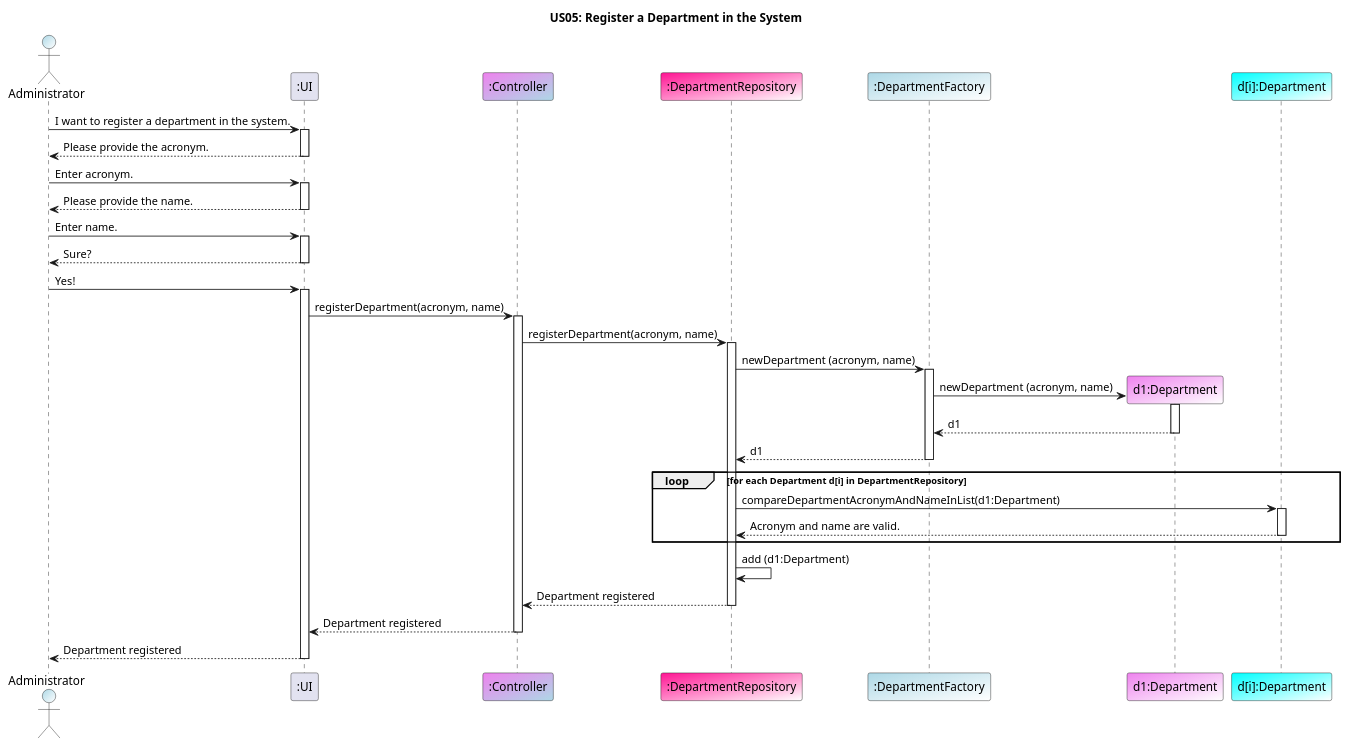
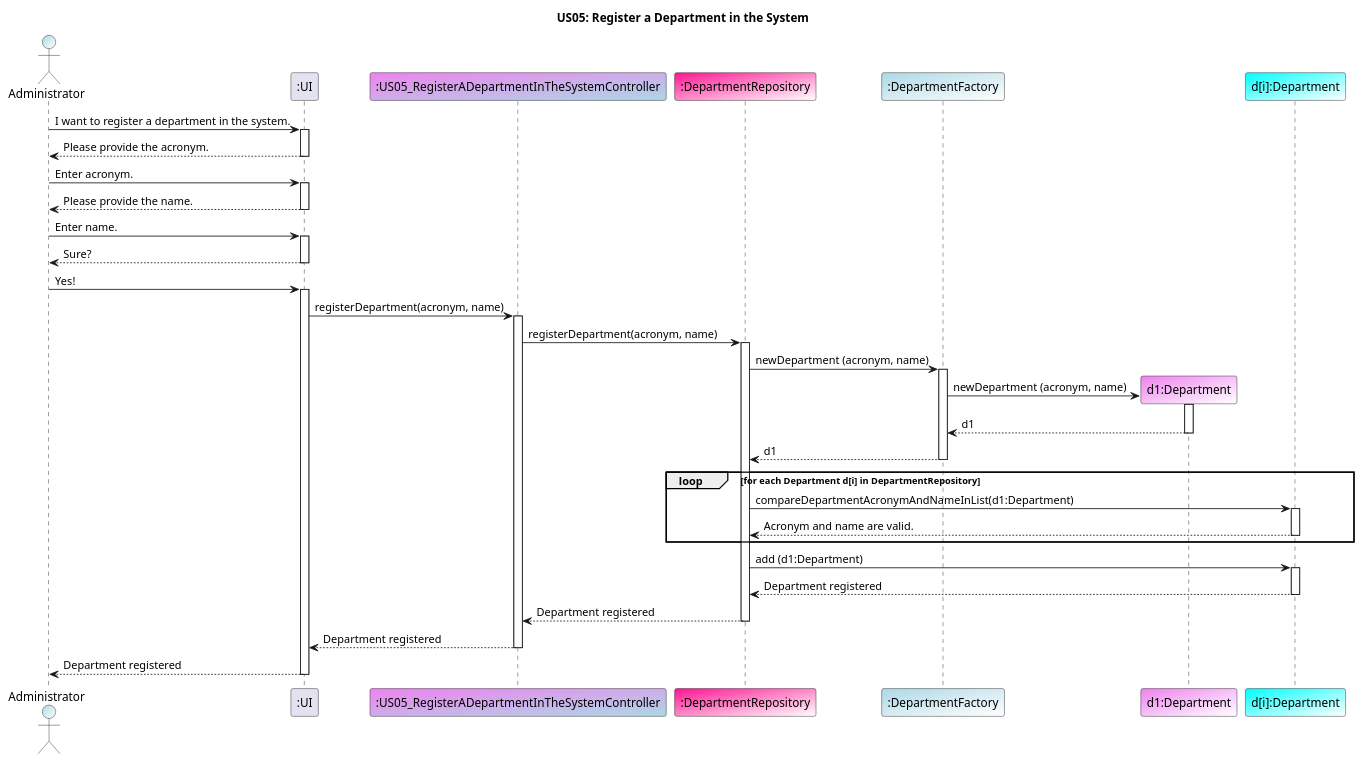
Before and after one commit to GasparISEP/DevOps-PAI: the diagram in docs/US05/US05_DepartmentRegistrySequenceDiagram.puml, drawn with PlantUML.

Commit message:
Fix US05 sequence diagram to correctly represent department addition

```diff
--- a/docs/US05/US05_DepartmentRegistrySequenceDiagram.puml
+++ b/docs/US05/US05_DepartmentRegistrySequenceDiagram.puml
@@ -1,59 +1,61 @@
 @startuml
 
 title US05: Register a Department in the System
 
 actor "Administrator" as Administrator #LightBlue/White
 participant ":UI" as UI
-participant ":Controller" as Controller #Violet/LightBlue
+participant ":US05_RegisterADepartmentInTheSystemController" as Controller #Violet/LightBlue
 participant ":DepartmentRepository" as DepartmentRepository #DeepPink/White
 participant ":DepartmentFactory" as DepartmentFactory #LightBlue/White
 participant "d1:Department" as Department #Violet/White
 participant "d[i]:Department" as Departmenti #Cyan/White
 
 Administrator -> UI: I want to register a department in the system.
 activate UI
 UI --> Administrator: Please provide the acronym.
 deactivate UI
 Administrator -> UI: Enter acronym.
 activate UI
 UI --> Administrator: Please provide the name.
 deactivate UI
 Administrator -> UI: Enter name.
 activate UI
 UI --> Administrator: Sure?
 deactivate UI
 Administrator -> UI: Yes!
 activate UI
 
 UI -> Controller: registerDepartment(acronym, name)
 activate Controller
 Controller -> DepartmentRepository: registerDepartment(acronym, name)
 activate DepartmentRepository
 DepartmentRepository -> DepartmentFactory: newDepartment (acronym, name)
 activate DepartmentFactory
 DepartmentFactory -> Department **: newDepartment (acronym, name)
 activate Department
 Department --> DepartmentFactory: d1
 deactivate Department
 DepartmentFactory --> DepartmentRepository: d1
 deactivate DepartmentFactory
 
 loop for each Department d[i] in DepartmentRepository
 DepartmentRepository -> Departmenti: compareDepartmentAcronymAndNameInList(d1:Department)
 activate Departmenti
 Departmenti --> DepartmentRepository: Acronym and name are valid.
 deactivate Departmenti
 end
 
-DepartmentRepository -> DepartmentRepository: add (d1:Department)
-
+DepartmentRepository -> Departmenti: add (d1:Department)
+activate Departmenti
+Departmenti --> DepartmentRepository: Department registered
+deactivate Departmenti
 DepartmentRepository --> Controller: Department registered
 deactivate DepartmentRepository
 Controller --> UI: Department registered
 deactivate Controller
 UI --> Administrator: Department registered
 deactivate UI
 
 
 
 @enduml
```
